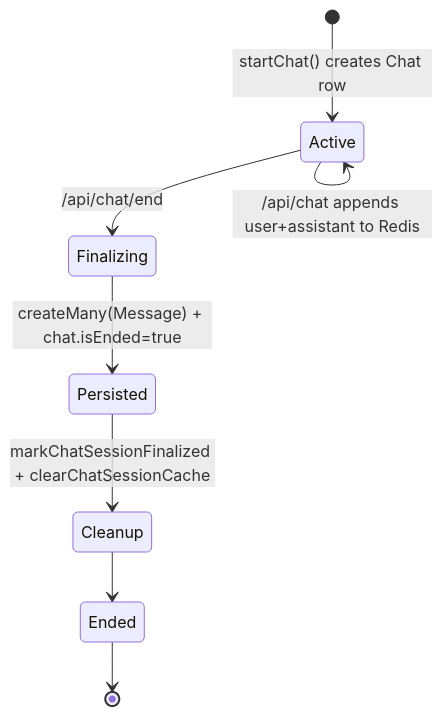
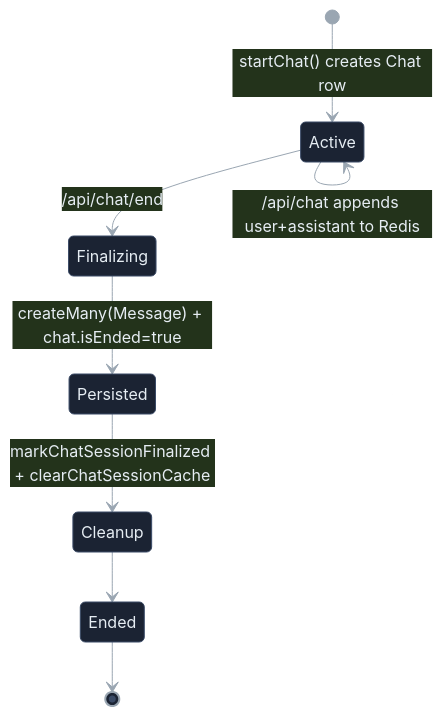
Before and after one commit to AbhinavSinghBhadouria/InterViewX: the fifth of 6 diagrams in COMPREHENSIVE_README.md, drawn with Mermaid. The commit also changed other lines of this file and 1 other file, not shown here.

Commit message:
Add styling to mermaid diagrams

````diff
--- a/COMPREHENSIVE_README.md
+++ b/COMPREHENSIVE_README.md
@@ -138,10 +184,19 @@
 ```mermaid
+%%{init: {"theme": "base", "themeVariables": {"background": "#0b1020", "primaryColor": "#1b2333", "primaryBorderColor": "#3a4a66", "primaryTextColor": "#e6edf3", "lineColor": "#9aa6b2"}}}%%
 stateDiagram-v2
   [*] --> Active: startChat() creates Chat row
   Active --> Active: /api/chat appends user+assistant to Redis
   Active --> Finalizing: /api/chat/end
   Finalizing --> Persisted: createMany(Message) + chat.isEnded=true
   Persisted --> Cleanup: markChatSessionFinalized + clearChatSessionCache
   Cleanup --> Ended
   Ended --> [*]
+
+  classDef cache fill:#14532d,stroke:#4ade80,color:#dcfce7,stroke-width:1.5px;
+  classDef database fill:#0f766e,stroke:#2dd4bf,color:#ccfbf1,stroke-width:1.5px;
+  classDef api fill:#4c1d95,stroke:#a78bfa,color:#f5f3ff,stroke-width:1.5px;
+
+  class Active cache;
+  class Persisted database;
+  class Finalizing,Cleanup,Ended api;
 ```
````
